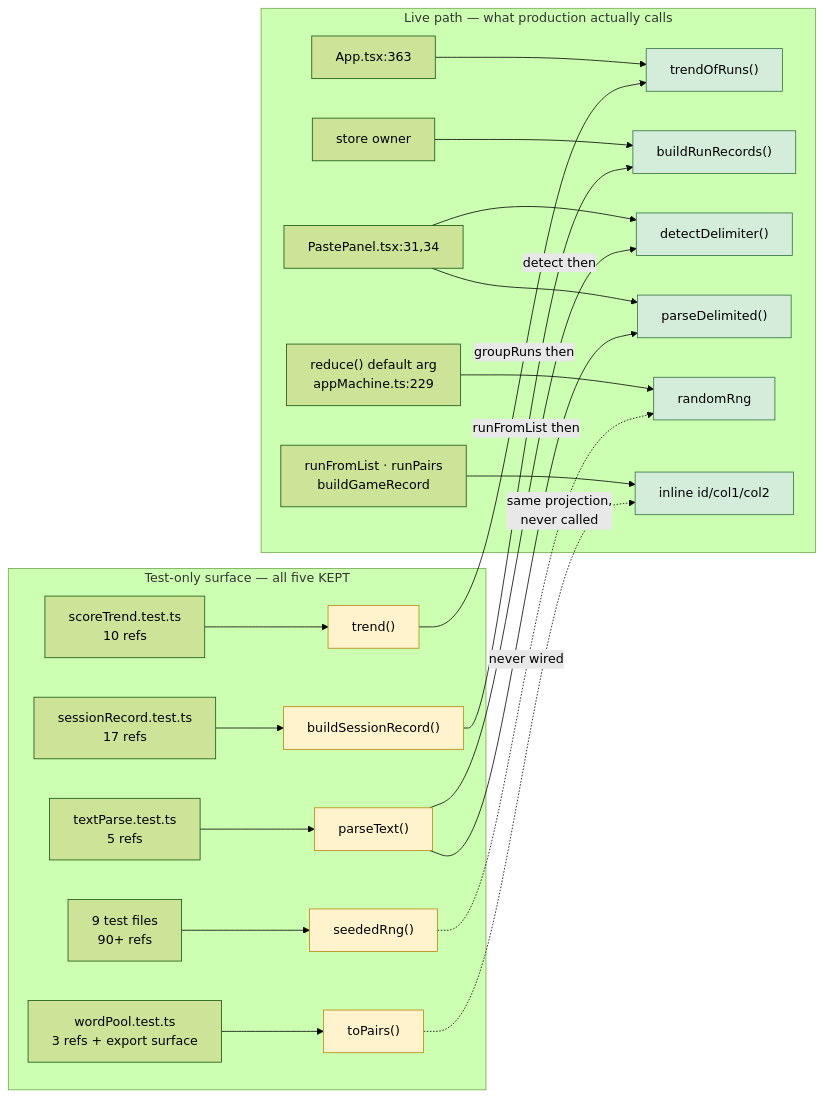
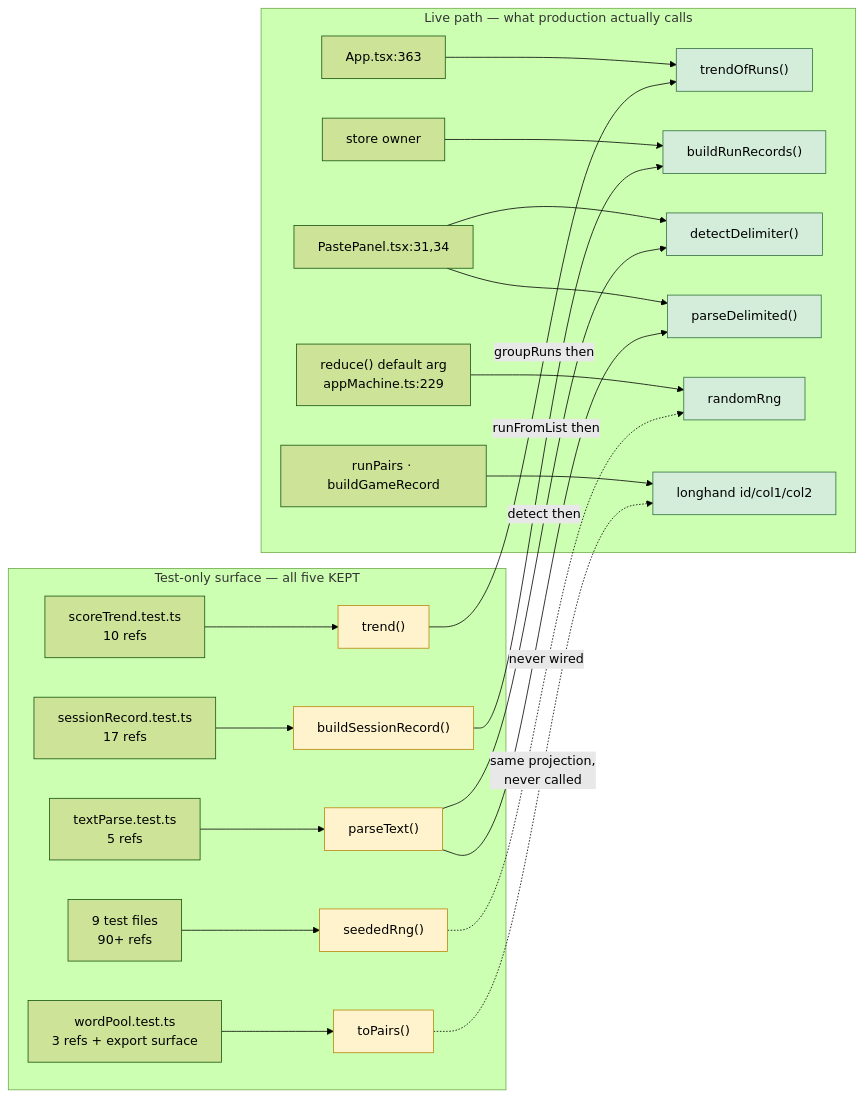
Before and after one commit to EtiNoked/practice-vocabulary: the diagram in .claude/specs/015-stale-comment-repair/plan.md, drawn with Mermaid (forest theme). The commit also changed other lines of this file and 3 other files, not shown here.

````diff
--- a/.claude/specs/015-stale-comment-repair/plan.md
+++ b/.claude/specs/015-stale-comment-repair/plan.md
@@ -16,31 +16,31 @@
 ```mermaid
 graph LR
   subgraph prod["Live path — what production actually calls"]
     App["App.tsx:363"] --> TOR["trendOfRuns()"]
     Store["store owner"] --> BRR["buildRunRecords()"]
     Panel["PastePanel.tsx:31,34"] --> DD["detectDelimiter()"]
     Panel --> PD["parseDelimited()"]
     Red["reduce() default arg<br/>appMachine.ts:229"] --> RND["randomRng"]
-    Inl["runFromList · runPairs<br/>buildGameRecord"] --> PROJ["inline id/col1/col2"]
+    Inl["runPairs · buildGameRecord"] --> PROJ["longhand id/col1/col2"]
   end
 
   subgraph test["Test-only surface — all five KEPT"]
     ST["scoreTrend.test.ts<br/>10 refs"] --> TR["trend()"]
     SR["sessionRecord.test.ts<br/>17 refs"] --> BSR["buildSessionRecord()"]
     TP["textParse.test.ts<br/>5 refs"] --> PT["parseText()"]
     WP["wordPool.test.ts<br/>3 refs + export surface"] --> TOP["toPairs()"]
     NINE["9 test files<br/>90+ refs"] --> SRNG["seededRng()"]
   end
 
   TR -->|groupRuns then| TOR
   BSR -->|runFromList then| BRR
   PT -->|detect then| DD
   PT --> PD
   TOP -.->|same projection,<br/>never called| PROJ
   SRNG -.->|never wired| RND
 
   classDef dead fill:#fff3cd,stroke:#b8860b
   classDef live fill:#d4edda,stroke:#2f6f3e
   class TR,BSR,PT,TOP,SRNG dead
   class TOR,BRR,DD,PD,RND,PROJ live
 ```
````
